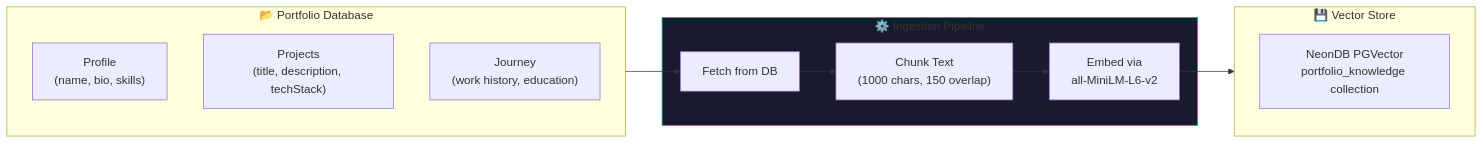
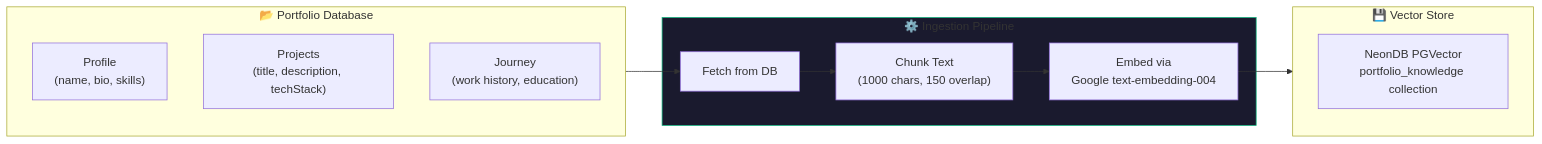
Before and after one commit to Anurag-Basuri/personal_agent: the fourth of 12 diagrams in SYSTEM_DESIGN.md, drawn with Mermaid. The commit also changed other lines of this file and 5 other files, not shown here.

Commit message:
docs: synchronize README, SYSTEM_DESIGN, PROGRESS, and ROADMAP with latest Dual-Brain cascade, Google GenAI embeddings, and resilience updates; update .gitignore

````diff
--- a/SYSTEM_DESIGN.md
+++ b/SYSTEM_DESIGN.md
@@ -256,22 +256,22 @@
 ```mermaid
 graph LR
     subgraph Source["📂 Portfolio Database"]
         S1["Profile<br/>(name, bio, skills)"]
         S2["Projects<br/>(title, description, techStack)"]
         S3["Journey<br/>(work history, education)"]
     end
     
     subgraph Pipeline["⚙️ Ingestion Pipeline"]
         F["Fetch from DB"]
         C["Chunk Text<br/>(1000 chars, 150 overlap)"]
-        E["Embed via<br/>all-MiniLM-L6-v2"]
+        E["Embed via<br/>Google text-embedding-004"]
     end
     
     subgraph Store["💾 Vector Store"]
         PG["NeonDB PGVector<br/>portfolio_knowledge collection"]
     end
     
     Source --> F --> C --> E --> Store
     
     style Pipeline fill:#1a1a2e,stroke:#10b981
 ```
````
